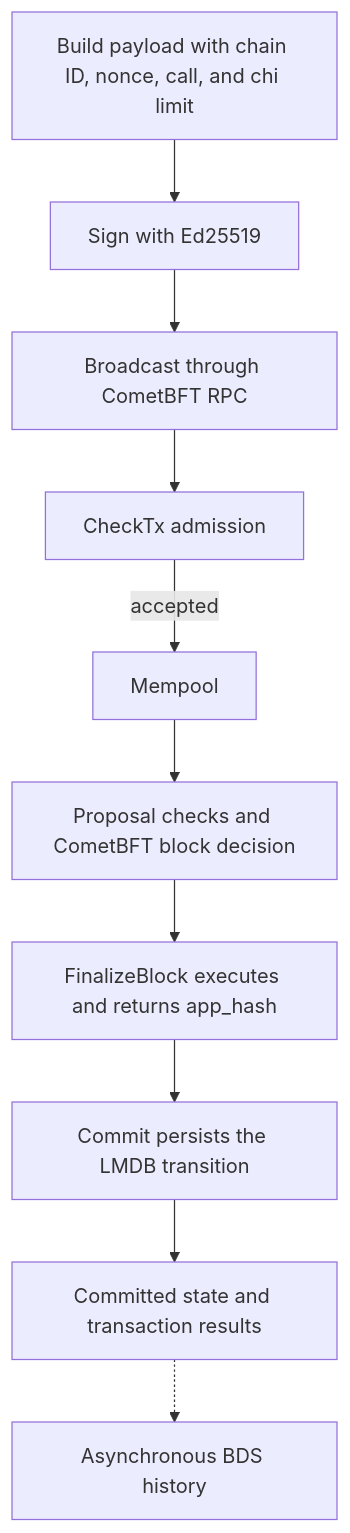
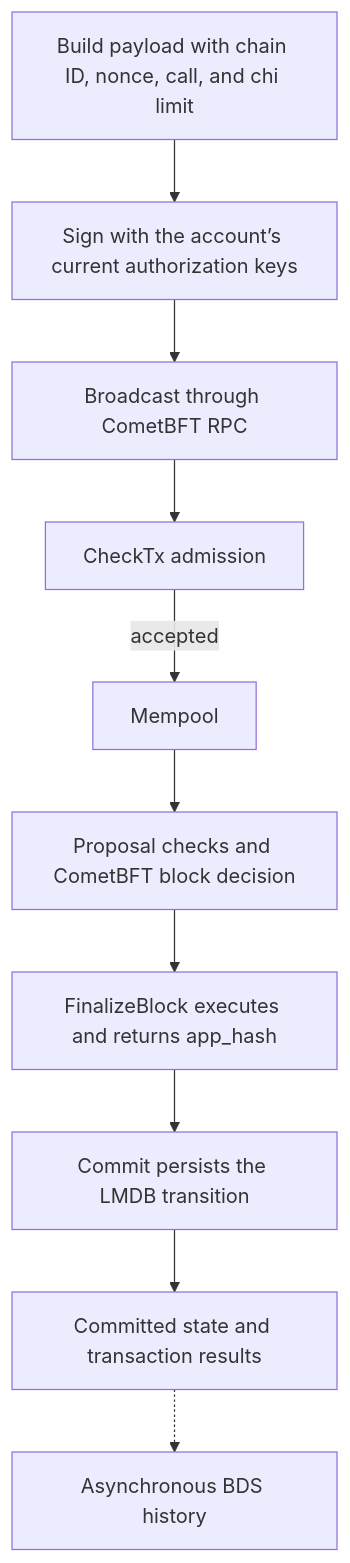
Before and after one commit to xian-technology/xian-docs-web: the diagram in concepts/transaction-lifecycle.md, drawn with Mermaid. The commit also changed other lines of this file and 39 other files, not shown here.

````diff
--- a/concepts/transaction-lifecycle.md
+++ b/concepts/transaction-lifecycle.md
@@ -6,17 +6,17 @@
 ```mermaid
 flowchart TD
   Build["Build payload with chain ID, nonce, call, and chi limit"]
-  Sign["Sign with Ed25519"]
+  Sign["Sign with the account’s current authorization keys"]
   Broadcast["Broadcast through CometBFT RPC"]
   Check["CheckTx admission"]
   Mempool["Mempool"]
   Consensus["Proposal checks and CometBFT block decision"]
   Execute["FinalizeBlock executes and returns app_hash"]
   Commit["Commit persists the LMDB transition"]
   Read["Committed state and transaction results"]
   BDS["Asynchronous BDS history"]
 
   Build --> Sign --> Broadcast --> Check
   Check -->|accepted| Mempool --> Consensus --> Execute --> Commit --> Read
   Read -.-> BDS
 ```
````
